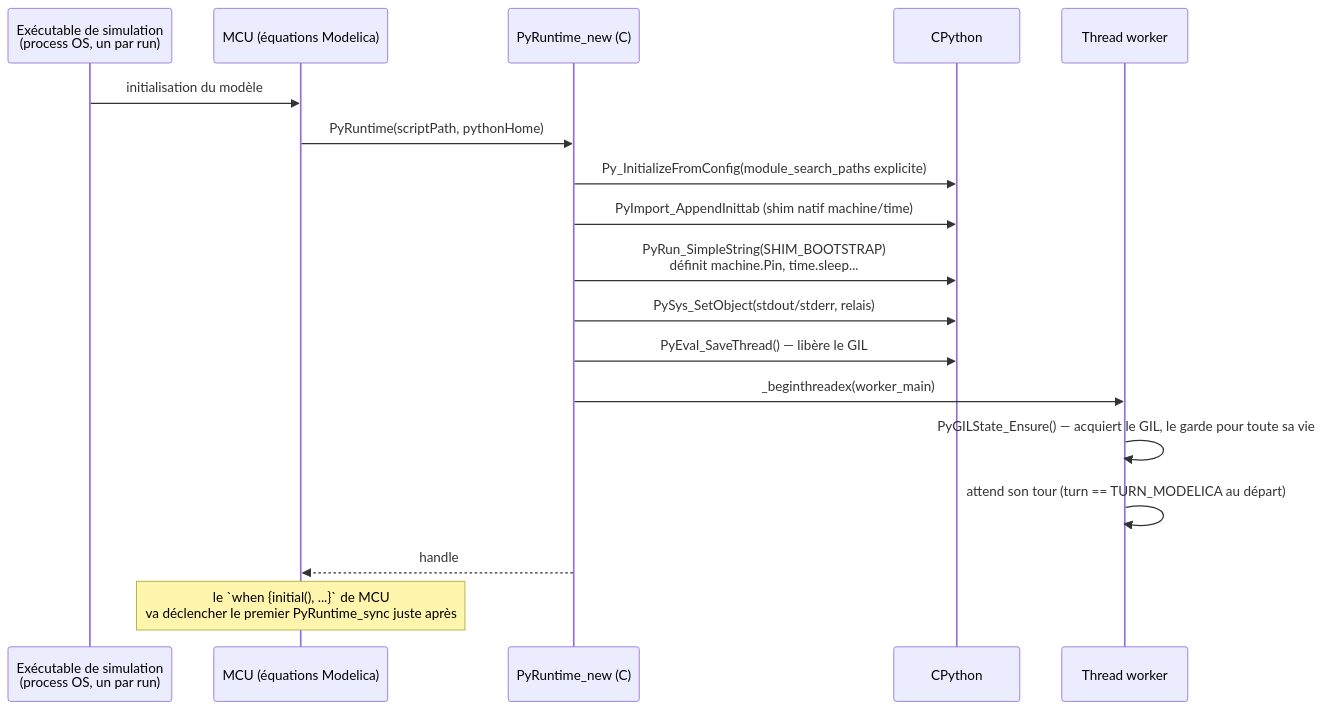
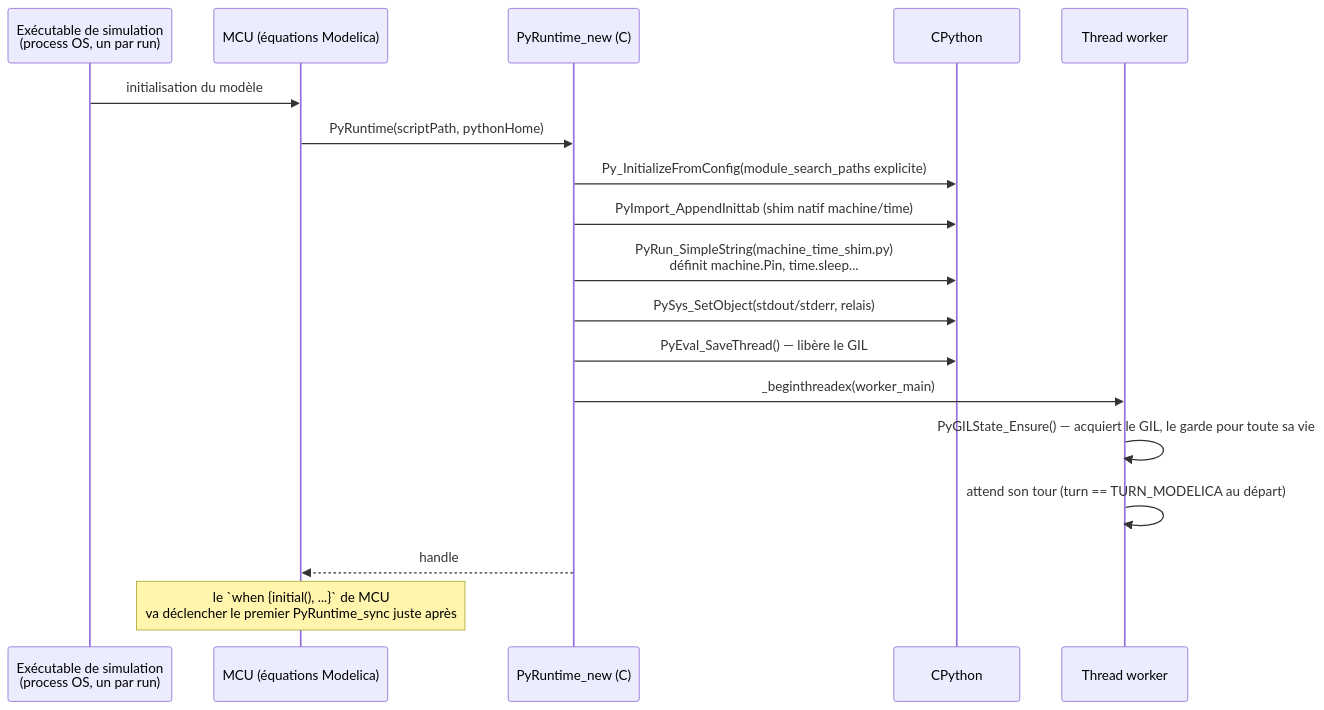
The first of 3 diagrams in docs/cycle-de-vie.md (bdelaup/modelica_micropython), drawn with Mermaid before and after one commit. The commit also changed other lines of this file and 20 other files, not shown here.

````diff
--- a/docs/cycle-de-vie.md
+++ b/docs/cycle-de-vie.md
@@ -9,21 +9,21 @@
 ```mermaid
 sequenceDiagram
     participant Sim as Exécutable de simulation<br/>(process OS, un par run)
     participant MCU as MCU (équations Modelica)
     participant Ctor as PyRuntime_new (C)
     participant CPy as CPython
     participant Worker as Thread worker
 
     Sim->>MCU: initialisation du modèle
     MCU->>Ctor: PyRuntime(scriptPath, pythonHome)
     Ctor->>CPy: Py_InitializeFromConfig(module_search_paths explicite)
     Ctor->>CPy: PyImport_AppendInittab (shim natif machine/time)
-    Ctor->>CPy: PyRun_SimpleString(SHIM_BOOTSTRAP)<br/>définit machine.Pin, time.sleep...
+    Ctor->>CPy: PyRun_SimpleString(machine_time_shim.py)<br/>définit machine.Pin, time.sleep...
     Ctor->>CPy: PySys_SetObject(stdout/stderr, relais)
     Ctor->>CPy: PyEval_SaveThread() — libère le GIL
     Ctor->>Worker: _beginthreadex(worker_main)
     Worker->>Worker: PyGILState_Ensure() — acquiert le GIL, le garde pour toute sa vie
     Worker->>Worker: attend son tour (turn == TURN_MODELICA au départ)
     Ctor-->>MCU: handle
     Note over MCU: le `when {initial(), ...}` de MCU<br/>va déclencher le premier PyRuntime_sync juste après
 ```
````
